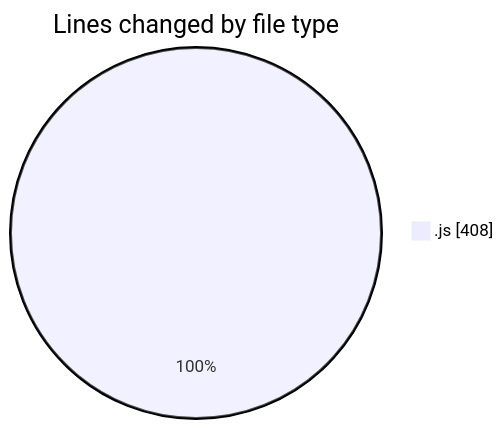
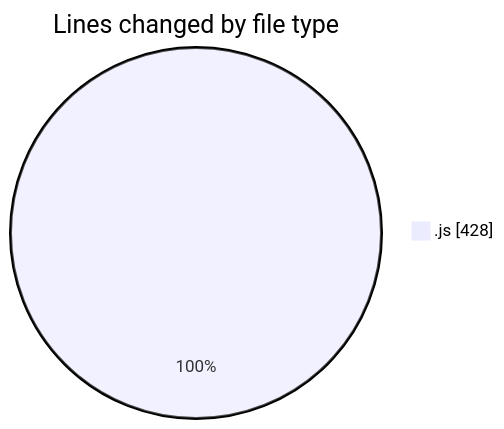
Before and after one commit to Ritupan-Deka/code-tracking: the first of 2 diagrams in 2025-07-22/javascript/README.md, drawn with Mermaid. The commit also changed other lines of this file and 1 other file, not shown here.

````diff
--- a/2025-07-22/javascript/README.md
+++ b/2025-07-22/javascript/README.md
@@ -21,5 +21,5 @@
 ```mermaid
 pie showData
 title Lines changed by file type
-".js" : 408
+".js" : 428
 ```
````
